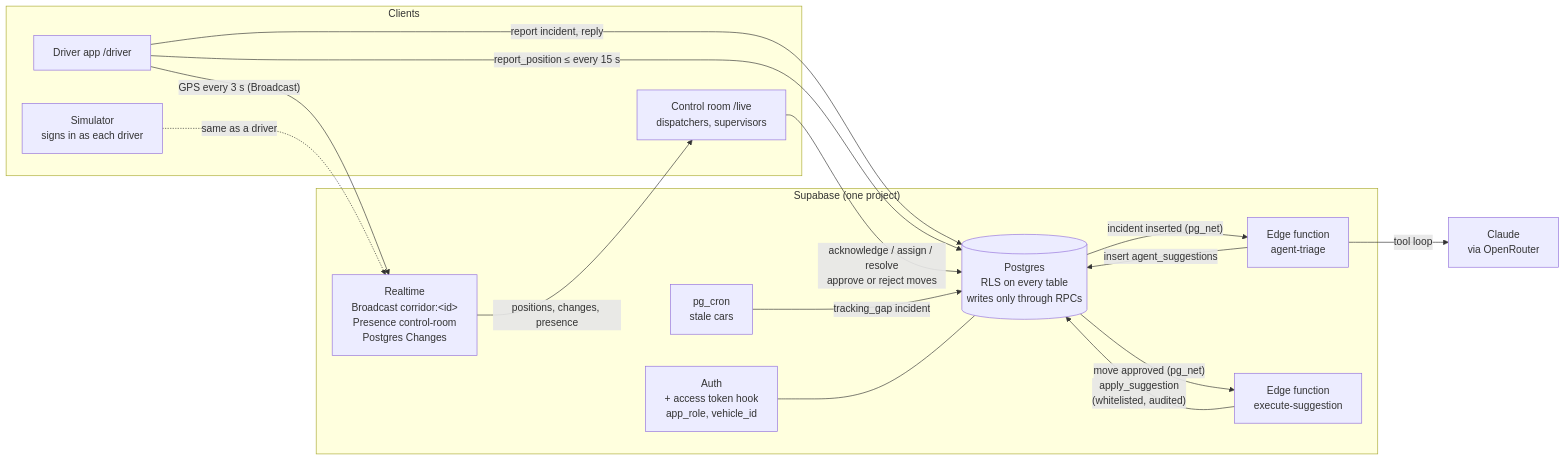
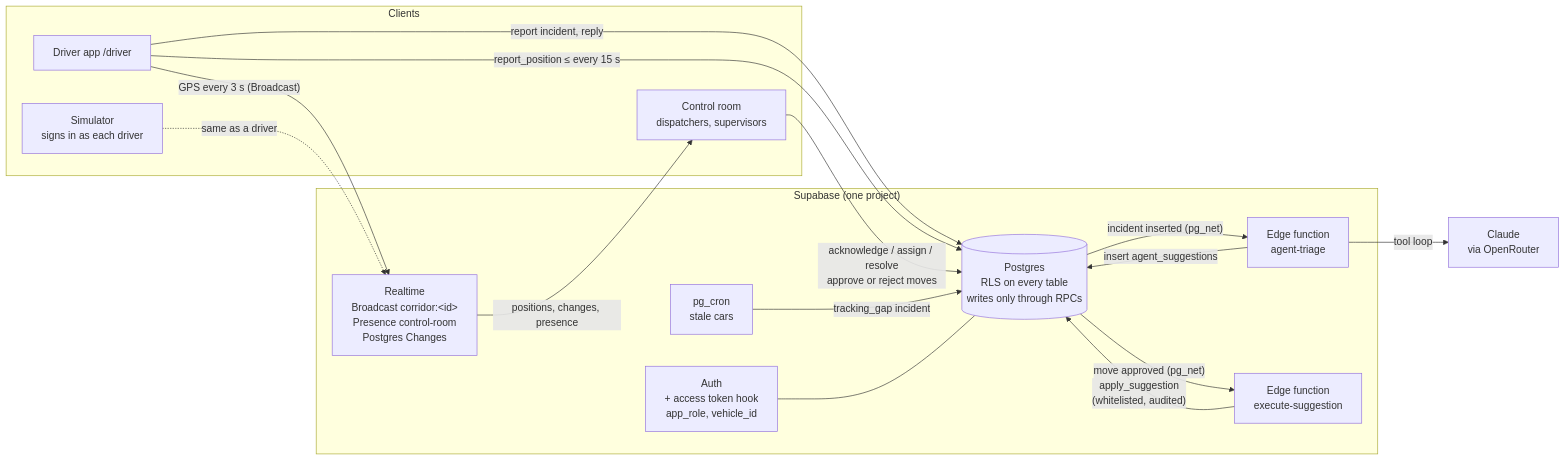
Before and after one commit to PaavoAlakoski/Aaltoes-Operations-Hackathon: the diagram in README.md, drawn with Mermaid. The commit also changed other lines of this file and 9 other files, not shown here.

````diff
--- a/README.md
+++ b/README.md
@@ -124,33 +125,33 @@
 ```mermaid
 flowchart LR
   subgraph Clients
-    CR["Control room /live<br/>dispatchers, supervisors"]
+    CR["Control room<br/>dispatchers, supervisors"]
     DR["Driver app /driver"]
     SIM["Simulator<br/>signs in as each driver"]
   end
 
   subgraph Supabase["Supabase (one project)"]
     AUTH["Auth<br/>+ access token hook<br/>app_role, vehicle_id"]
     DB[("Postgres<br/>RLS on every table<br/>writes only through RPCs")]
     RT["Realtime<br/>Broadcast corridor:&lt;id&gt;<br/>Presence control-room<br/>Postgres Changes"]
     TRIAGE["Edge function<br/>agent-triage"]
     EXEC["Edge function<br/>execute-suggestion"]
     CRON["pg_cron<br/>stale cars"]
   end
 
   LLM["Claude<br/>via OpenRouter"]
 
   DR -- "report incident, reply" --> DB
   DR -- "GPS every 3 s (Broadcast)" --> RT
   DR -- "report_position ≤ every 15 s" --> DB
   SIM -. "same as a driver" .-> RT
   RT -- "positions, changes, presence" --> CR
   CR -- "acknowledge / assign / resolve<br/>approve or reject moves" --> DB
   CRON -- "tracking_gap incident" --> DB
   DB -- "incident inserted (pg_net)" --> TRIAGE
   TRIAGE -- "tool loop" --> LLM
   TRIAGE -- "insert agent_suggestions" --> DB
   DB -- "move approved (pg_net)" --> EXEC
   EXEC -- "apply_suggestion<br/>(whitelisted, audited)" --> DB
   AUTH --- DB
 ```
````
